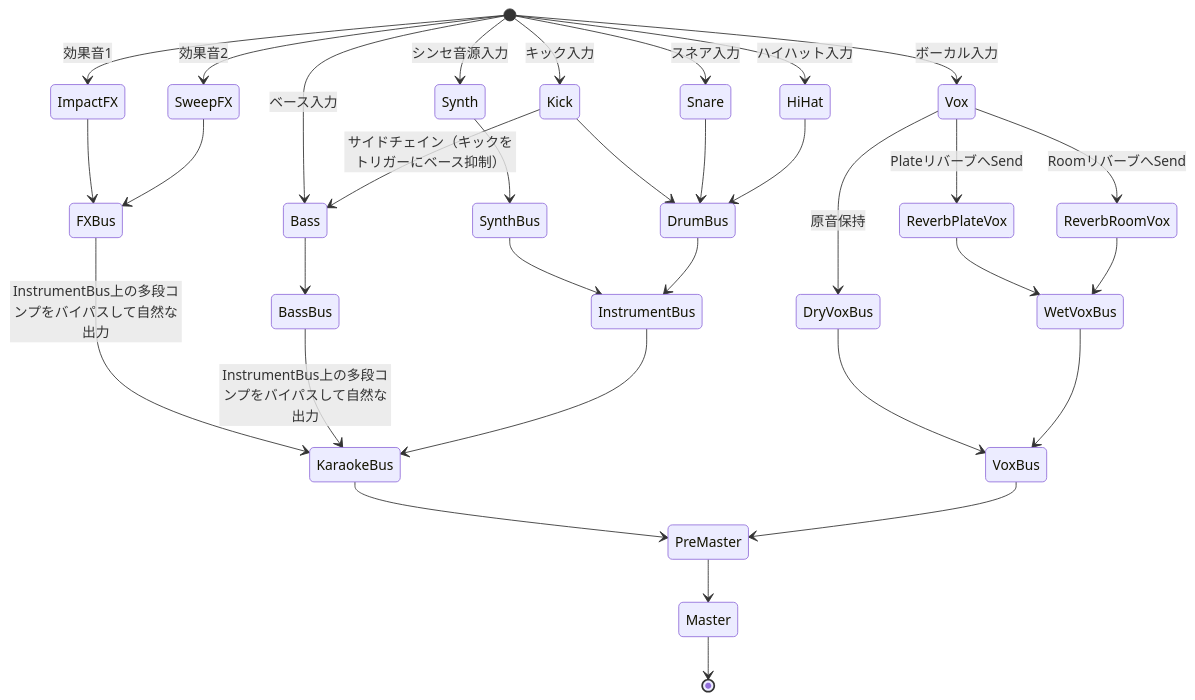
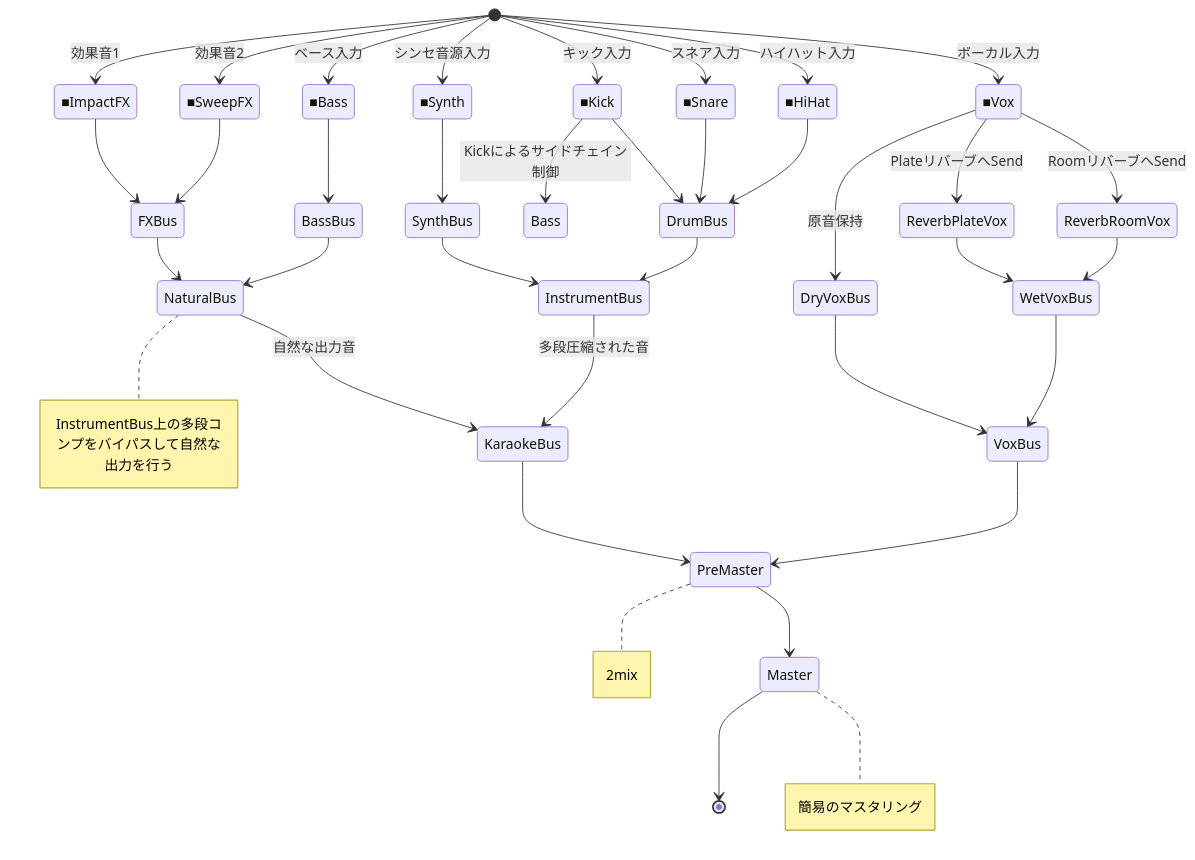
The diagram in README.md (iamyukihiro/general-mixing-architecture), drawn with Mermaid before and after one commit. The commit also changed other lines of this file, not shown here.

````diff
--- a/README.md
+++ b/README.md
@@ -5,53 +8,55 @@
 ```mermaid
-
-
 stateDiagram
     %% 楽器・ボーカルの入力
-    [*] --> Synth : シンセ音源入力
-    [*] --> Kick : キック入力
-    [*] --> Bass : ベース入力
-    [*] --> Snare : スネア入力
-    [*] --> HiHat : ハイハット入力
-    [*] --> ImpactFX : 効果音1
-    [*] --> SweepFX : 効果音2
-    [*] --> Vox : ボーカル入力
+    [*] --> ■Synth : シンセ音源入力
+    [*] --> ■Kick : キック入力
+    [*] --> ■Bass : ベース入力
+    [*] --> ■Snare : スネア入力
+    [*] --> ■HiHat : ハイハット入力
+    [*] --> ■ImpactFX : 効果音1
+    [*] --> ■SweepFX : 効果音2
+    [*] --> ■Vox : ボーカル入力
 
     %% Busへのルーティング
-    Synth --> SynthBus
-    Kick --> DrumBus
-    Snare --> DrumBus
-    HiHat --> DrumBus
-    ImpactFX --> FXBus
-    SweepFX --> FXBus
-    Kick --> Bass: サイドチェイン（キックをトリガーにベース抑制）
-    Bass --> BassBus
+    ■Synth --> SynthBus
+    ■Kick --> DrumBus
+    ■Snare --> DrumBus
+    ■HiHat --> DrumBus
+    ■ImpactFX --> FXBus
+    ■SweepFX --> FXBus
+    ■Kick --> Bass : Kickによるサイドチェイン制御
+    ■Bass --> BassBus
 
     %% ボーカル処理：DryとReverb Sendに分岐
-    Vox --> DryVoxBus : 原音保持
-    Vox --> ReverbPlateVox : PlateリバーブへSend
-    Vox --> ReverbRoomVox : RoomリバーブへSend
+    ■Vox --> DryVoxBus : 原音保持
+    ■Vox --> ReverbPlateVox : PlateリバーブへSend
+    ■Vox --> ReverbRoomVox : RoomリバーブへSend
 
     %% リバーブ音をWetVoxBusへ統合
     ReverbPlateVox --> WetVoxBus
     ReverbRoomVox --> WetVoxBus
 
     %% PreVoxでDry/Wetを合流
     DryVoxBus --> VoxBus
     WetVoxBus --> VoxBus
 
     %% KaraokeBusはVoxを含まずInstrumentのみ
     SynthBus --> InstrumentBus
     DrumBus --> InstrumentBus
 
     %% 各バスをPreMasterへ統合
-    FXBus --> KaraokeBus: InstrumentBus上の多段コンプをバイパスして自然な出力
-        BassBus --> KaraokeBus: InstrumentBus上の多段コンプをバイパスして自然な出力
-    InstrumentBus --> KaraokeBus
-    KaraokeBus --> PreMaster
+    FXBus --> NaturalBus: 
+    note right of NaturalBus : InstrumentBus上の多段コンプをバイパスして自然な出力を行う
+    BassBus --> NaturalBus
+    NaturalBus --> KaraokeBus : 自然な出力音
+        KaraokeBus --> PreMaster
+    InstrumentBus --> KaraokeBus : 多段圧縮された音
     VoxBus --> PreMaster
 
     %% Master出力
     PreMaster --> Master
+    note right of PreMaster : 2mix
 
     Master --> [*]
+    note right of Master : 簡易のマスタリング
 ```
````
